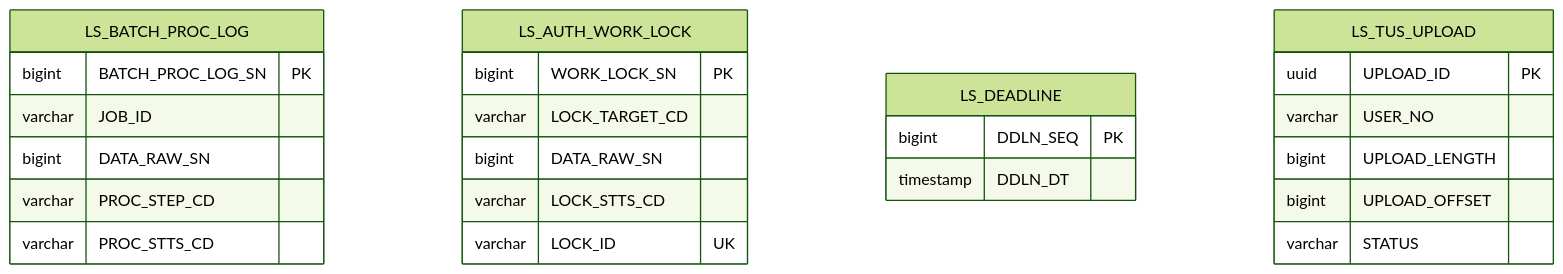
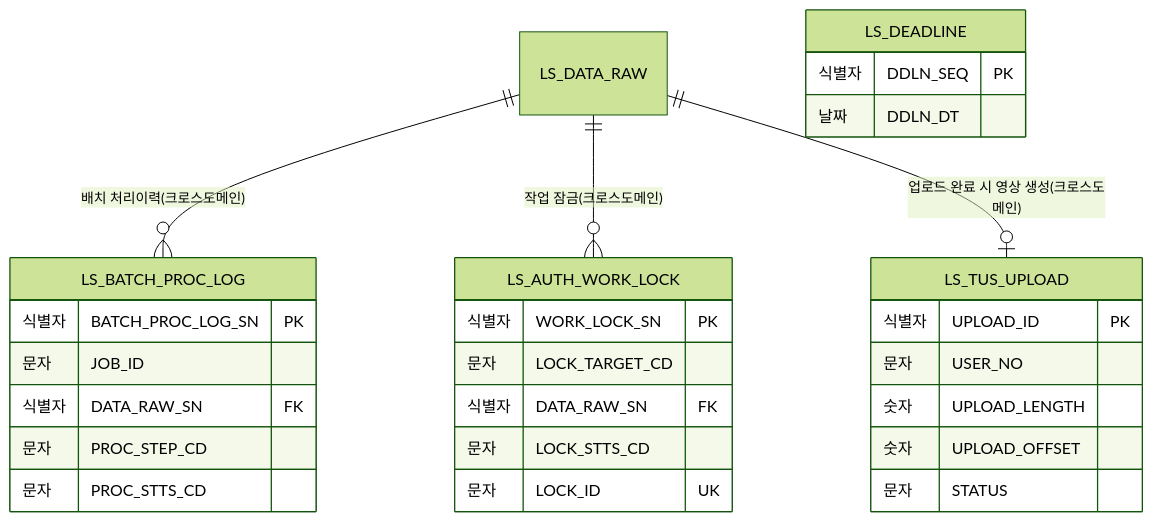
Before and after one commit to New-stella/klid-label: diagram 11 of 13 in docs/design/D8-엔티티관계모형설계서.md, drawn with Mermaid (forest theme). The commit also changed other lines of this file and 32 other files, not shown here.

````diff
--- a/docs/design/D8-엔티티관계모형설계서.md
+++ b/docs/design/D8-엔티티관계모형설계서.md
@@ -342,28 +362,31 @@
 ```mermaid
 erDiagram
+    LS_DATA_RAW ||--o{ LS_BATCH_PROC_LOG : "배치 처리이력(크로스도메인)"
+    LS_DATA_RAW ||--o{ LS_AUTH_WORK_LOCK : "작업 잠금(크로스도메인)"
+    LS_DATA_RAW ||--o| LS_TUS_UPLOAD : "업로드 완료 시 영상 생성(크로스도메인)"
     LS_BATCH_PROC_LOG {
-        bigint BATCH_PROC_LOG_SN PK
-        varchar JOB_ID
-        bigint DATA_RAW_SN
-        varchar PROC_STEP_CD
-        varchar PROC_STTS_CD
+        식별자 BATCH_PROC_LOG_SN PK
+        문자 JOB_ID
+        식별자 DATA_RAW_SN FK
+        문자 PROC_STEP_CD
+        문자 PROC_STTS_CD
     }
     LS_AUTH_WORK_LOCK {
-        bigint WORK_LOCK_SN PK
-        varchar LOCK_TARGET_CD
-        bigint DATA_RAW_SN
-        varchar LOCK_STTS_CD
-        varchar LOCK_ID UK
+        식별자 WORK_LOCK_SN PK
+        문자 LOCK_TARGET_CD
+        식별자 DATA_RAW_SN FK
+        문자 LOCK_STTS_CD
+        문자 LOCK_ID UK
     }
     LS_DEADLINE {
-        bigint DDLN_SEQ PK
-        timestamp DDLN_DT
+        식별자 DDLN_SEQ PK
+        날짜 DDLN_DT
     }
     LS_TUS_UPLOAD {
-        uuid UPLOAD_ID PK
-        varchar USER_NO
-        bigint UPLOAD_LENGTH
-        bigint UPLOAD_OFFSET
-        varchar STATUS
+        식별자 UPLOAD_ID PK
+        문자 USER_NO
+        숫자 UPLOAD_LENGTH
+        숫자 UPLOAD_OFFSET
+        문자 STATUS
     }
 ```
````
